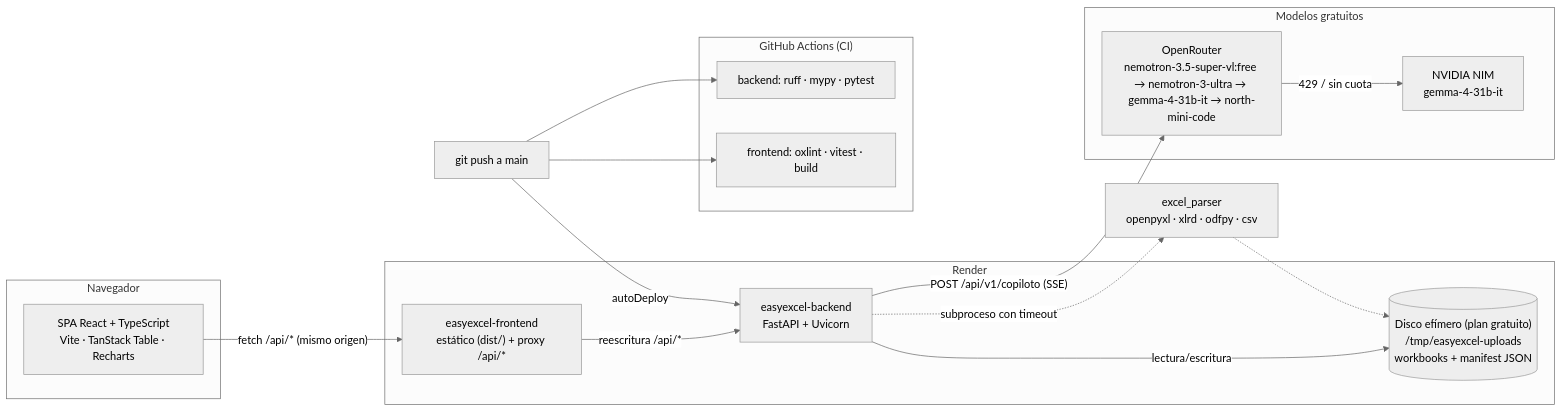
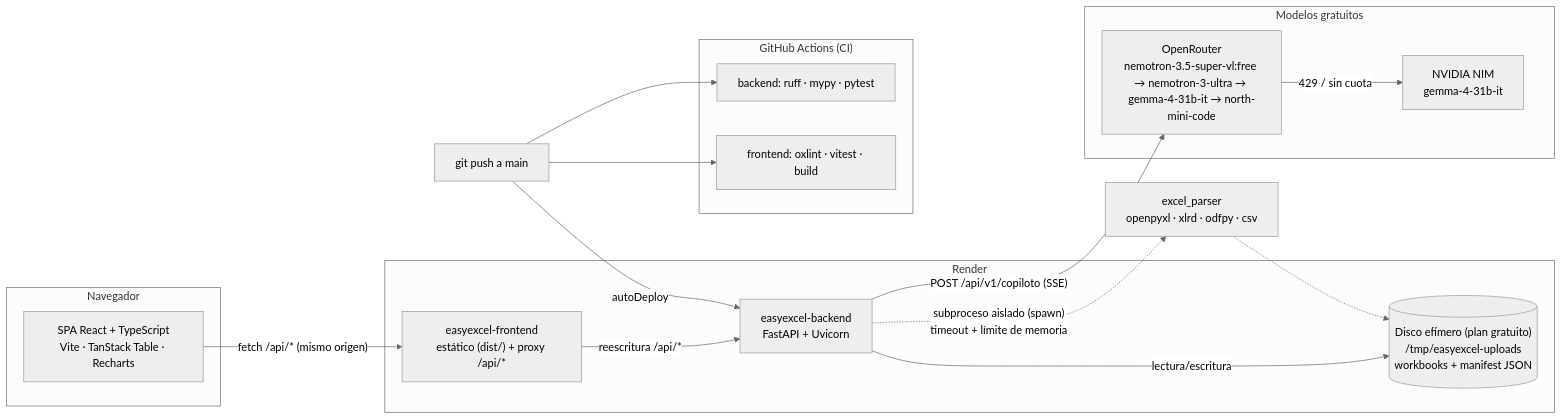
One commit to kavanasystemsinfo-ui/EasyExcel_Panel changed the diagram in ARCHITECTURE.md. Above: the diagram before and after it, drawn with Mermaid (neutral theme). The commit also changed other lines of this file and 8 other files, not shown here.

````diff
--- a/ARCHITECTURE.md
+++ b/ARCHITECTURE.md
@@ -8,33 +8,33 @@
 ```mermaid
 flowchart LR
     subgraph navegador["Navegador"]
         SPA["SPA React + TypeScript<br/>Vite · TanStack Table · Recharts"]
     end
 
     subgraph render["Render"]
         FE["easyexcel-frontend<br/>estático (dist/) + proxy /api/*"]
         BE["easyexcel-backend<br/>FastAPI + Uvicorn"]
         DISCO[("Disco efímero (plan gratuito)<br/>/tmp/easyexcel-uploads<br/>workbooks + manifest JSON")]
     end
 
     subgraph externos["Modelos gratuitos"]
         OR["OpenRouter<br/>nemotron-3.5-super-vl:free → nemotron-3-ultra → gemma-4-31b-it → north-mini-code"]
         NV["NVIDIA NIM<br/>gemma-4-31b-it"]
     end
 
     subgraph ci["GitHub Actions (CI)"]
         JOB1["backend: ruff · mypy · pytest"]
         JOB2["frontend: oxlint · vitest · build"]
     end
 
     SPA -- "fetch /api/* (mismo origen)" --> FE
     FE -- "reescritura /api/*" --> BE
     BE -- "lectura/escritura" --> DISCO
     BE -- "POST /api/v1/copiloto (SSE)" --> OR
     OR -- "429 / sin cuota" --> NV
-    BE -. "subproceso con timeout" .-> PARSER["excel_parser<br/>openpyxl · xlrd · odfpy · csv"]
+    BE -. "subproceso aislado (spawn)<br/>timeout + límite de memoria" .-> PARSER["excel_parser<br/>openpyxl · xlrd · odfpy · csv"]
     PARSER -.-> DISCO
     push["git push a main"] --> JOB1
     push --> JOB2
     push -- "autoDeploy" --> BE
 ```
````
